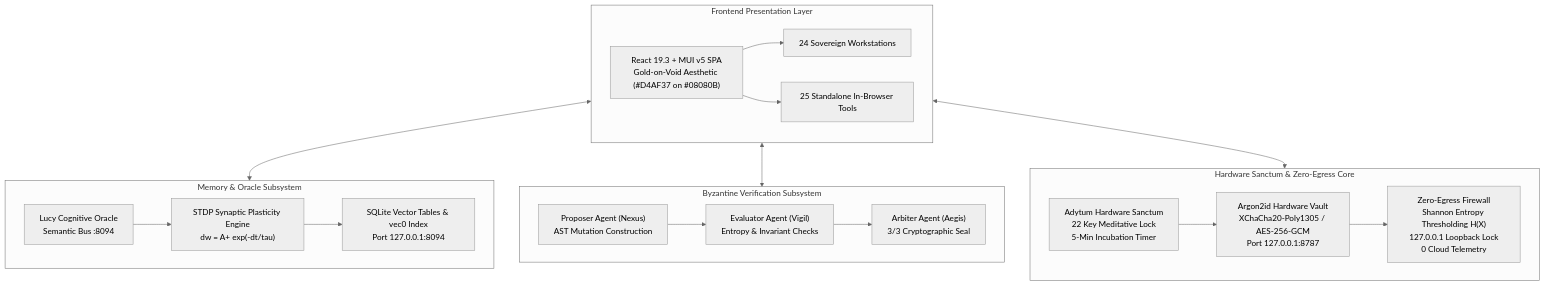
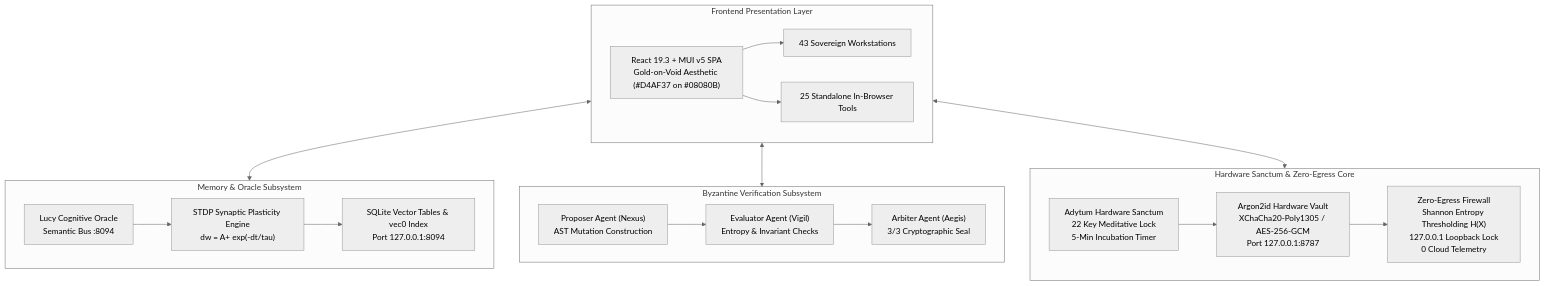
Before and after one commit to 1nc0gn30/zoth-studio-v2: the diagram in docs/ARCHITECTURE.md, drawn with Mermaid (neutral theme). The commit also changed other lines of this file and 48 other files, not shown here.

````diff
--- a/docs/ARCHITECTURE.md
+++ b/docs/ARCHITECTURE.md
@@ -37,35 +37,35 @@
 ```mermaid
 flowchart TD
     subgraph UI_Layer["Frontend Presentation Layer"]
         UI["React 19.3 + MUI v5 SPA<br/>Gold-on-Void Aesthetic (#D4AF37 on #08080B)"]
-        WS["24 Sovereign Workstations"]
+        WS["43 Sovereign Workstations"]
         Tools["25 Standalone In-Browser Tools"]
         UI --> WS
         UI --> Tools
     end
 
     subgraph Memory_Layer["Memory & Oracle Subsystem"]
         Lucy["Lucy Cognitive Oracle<br/>Semantic Bus :8094"]
         STDP["STDP Synaptic Plasticity Engine<br/>dw = A+ exp(-dt/tau)"]
         HNSW["SQLite Vector Tables & vec0 Index<br/>Port 127.0.0.1:8094"]
         Lucy --> STDP --> HNSW
     end
 
     subgraph Consensus_Layer["Byzantine Verification Subsystem"]
         Proposer["Proposer Agent (Nexus)<br/>AST Mutation Construction"]
         Evaluator["Evaluator Agent (Vigil)<br/>Entropy & Invariant Checks"]
         Arbiter["Arbiter Agent (Aegis)<br/>3/3 Cryptographic Seal"]
         Proposer --> Evaluator --> Arbiter
     end
 
     subgraph Security_Layer["Hardware Sanctum & Zero-Egress Core"]
         Adytum["Adytum Hardware Sanctum<br/>22 Key Meditative Lock<br/>5-Min Incubation Timer"]
         Vault["Argon2id Hardware Vault<br/>XChaCha20-Poly1305 / AES-256-GCM<br/>Port 127.0.0.1:8787"]
         Gate["Zero-Egress Firewall<br/>Shannon Entropy Thresholding H(X)<br/>127.0.0.1 Loopback Lock<br/>0 Cloud Telemetry"]
         Adytum --> Vault --> Gate
     end
 
     UI_Layer <--> Memory_Layer
     UI_Layer <--> Consensus_Layer
     UI_Layer <--> Security_Layer
 ```
````
